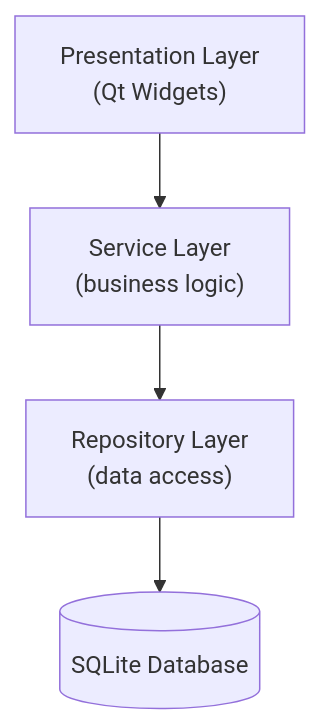
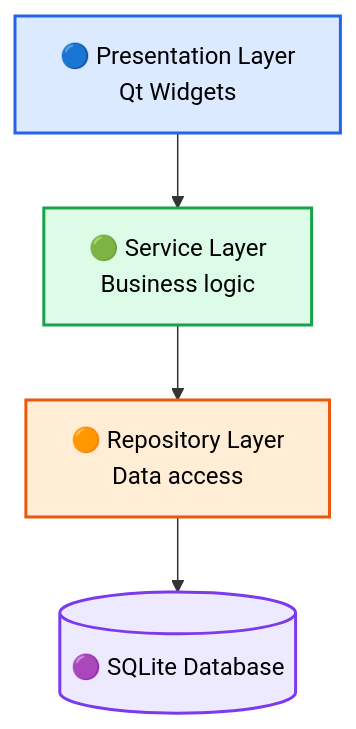
One commit to mdismail-nub/Software-development-1 changed the first of 6 diagrams in README.md. Above: the diagram before and after it, drawn with Mermaid. The commit also changed other lines of this file, not shown here.

````diff
--- a/README.md
+++ b/README.md
@@ -48,11 +58,16 @@
 ```mermaid
 flowchart TD
-    UI["Presentation Layer<br/>(Qt Widgets)"]
-    SVC["Service Layer<br/>(business logic)"]
-    REPO["Repository Layer<br/>(data access)"]
-    DB[("SQLite Database")]
+    UI["🔵 Presentation Layer<br/>Qt Widgets"]
+    SVC["🟢 Service Layer<br/>Business logic"]
+    REPO["🟠 Repository Layer<br/>Data access"]
+    DB[("🟣 SQLite Database")]
 
     UI --> SVC
     SVC --> REPO
     REPO --> DB
+
+    style UI fill:#dbeafe,stroke:#2563eb,stroke-width:2px,color:#000
+    style SVC fill:#dcfce7,stroke:#16a34a,stroke-width:2px,color:#000
+    style REPO fill:#ffedd5,stroke:#ea580c,stroke-width:2px,color:#000
+    style DB fill:#ede9fe,stroke:#7c3aed,stroke-width:2px,color:#000
 ```
````
